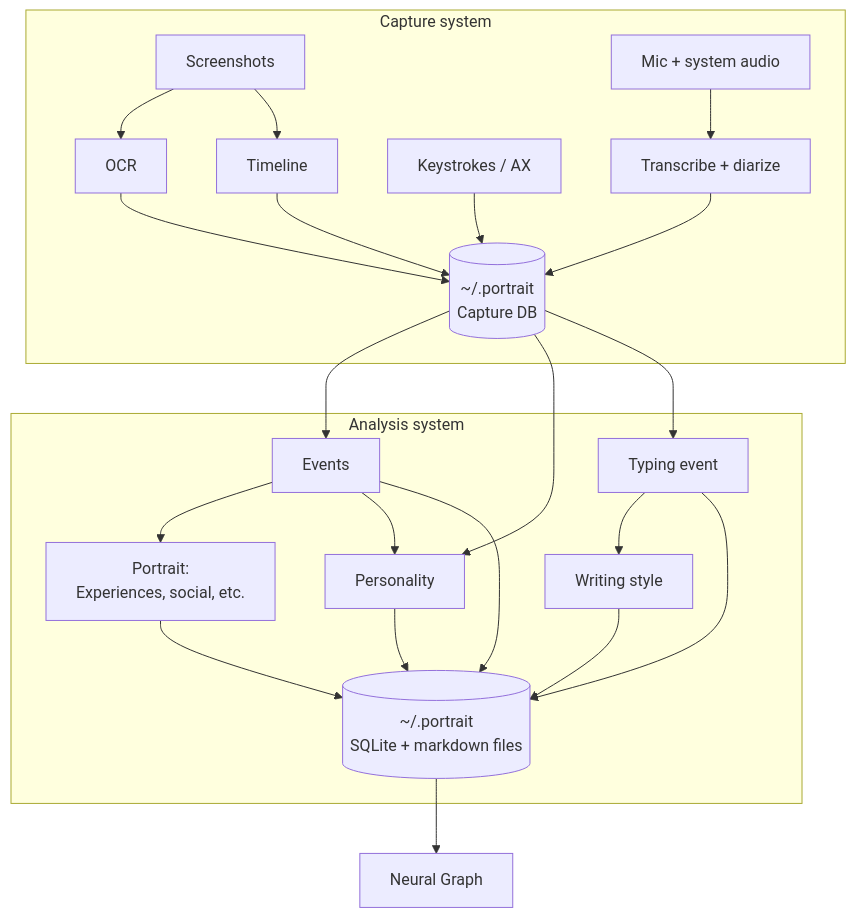
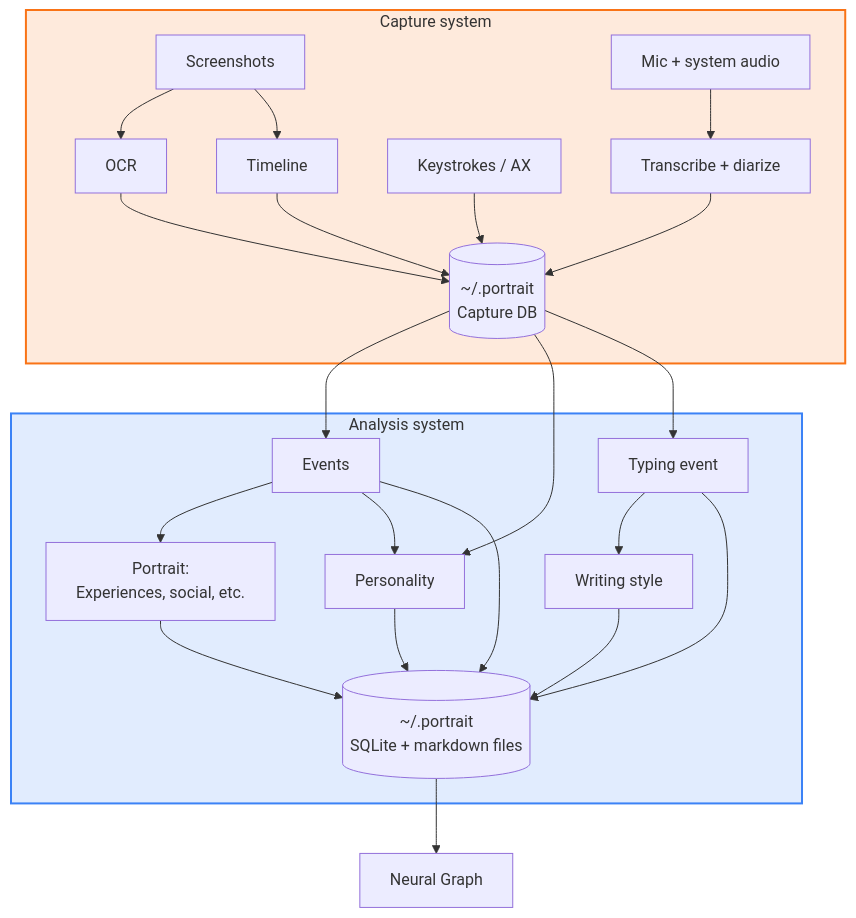
Before and after one commit to joyzhang14-14/My-Portrait: the diagram in README.md, drawn with Mermaid.

Commit message:
docs(readme): 流程图两个系统框上色

````diff
--- a/README.md
+++ b/README.md
@@ -19,32 +19,35 @@
 ```mermaid
 flowchart TB
   subgraph CAP["Capture system"]
     A1["Screenshots"] --> B1["OCR"]
     A2["Mic + system audio"] --> B2["Transcribe + diarize"]
     A3["Keystrokes / AX"]
     A1 --> TL["Timeline"]
 
     TL --> MT[("~/.portrait<br/>Capture DB")]
     B1 --> MT
     B2 --> MT
     A3 --> MT
   end
 
   subgraph ANA["Analysis system"]
     E["Events"] --> P["Portrait:<br/>Experiences, social, etc."]
     E --> PS["Personality"]
     TE["Typing event"] --> WS["Writing style"]
 
     E --> DB[("~/.portrait<br/>SQLite + markdown files")]
     TE --> DB
     P --> DB
     PS --> DB
     WS --> DB
   end
 
   MT --> E
   MT --> PS
   MT --> TE
 
   DB --> G["Neural Graph"]
+
+  style CAP fill:#f9731626,stroke:#f97316,stroke-width:2px
+  style ANA fill:#3b82f626,stroke:#3b82f6,stroke-width:2px
 ```
````
